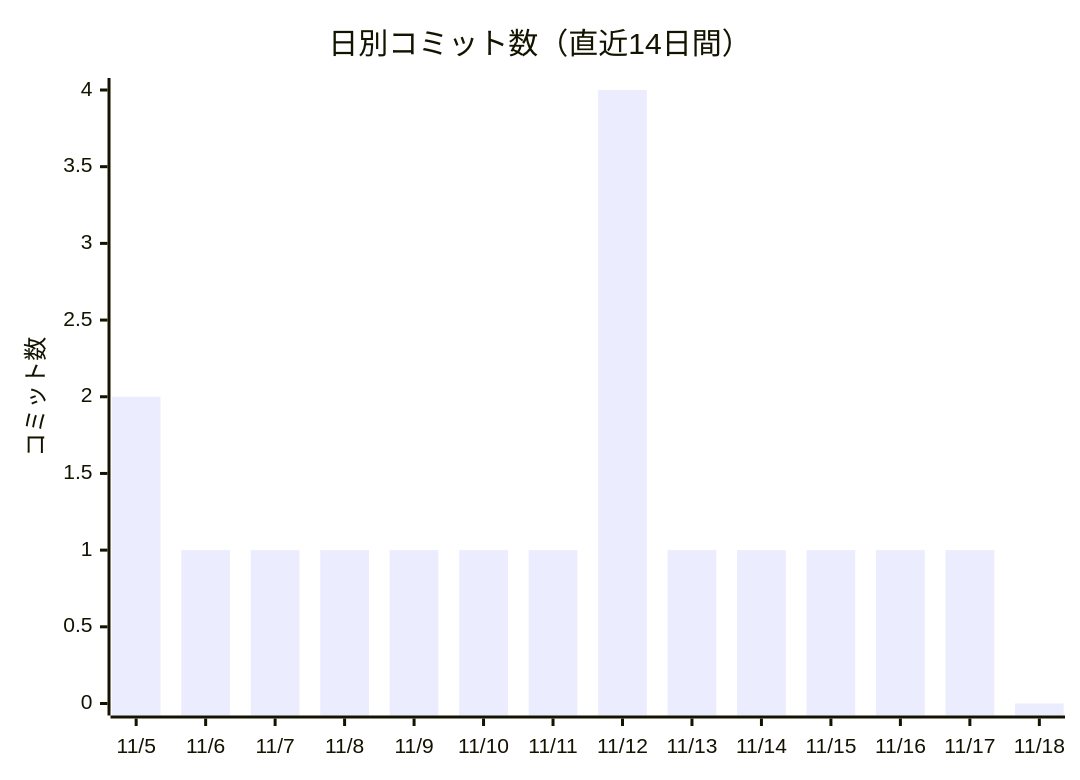
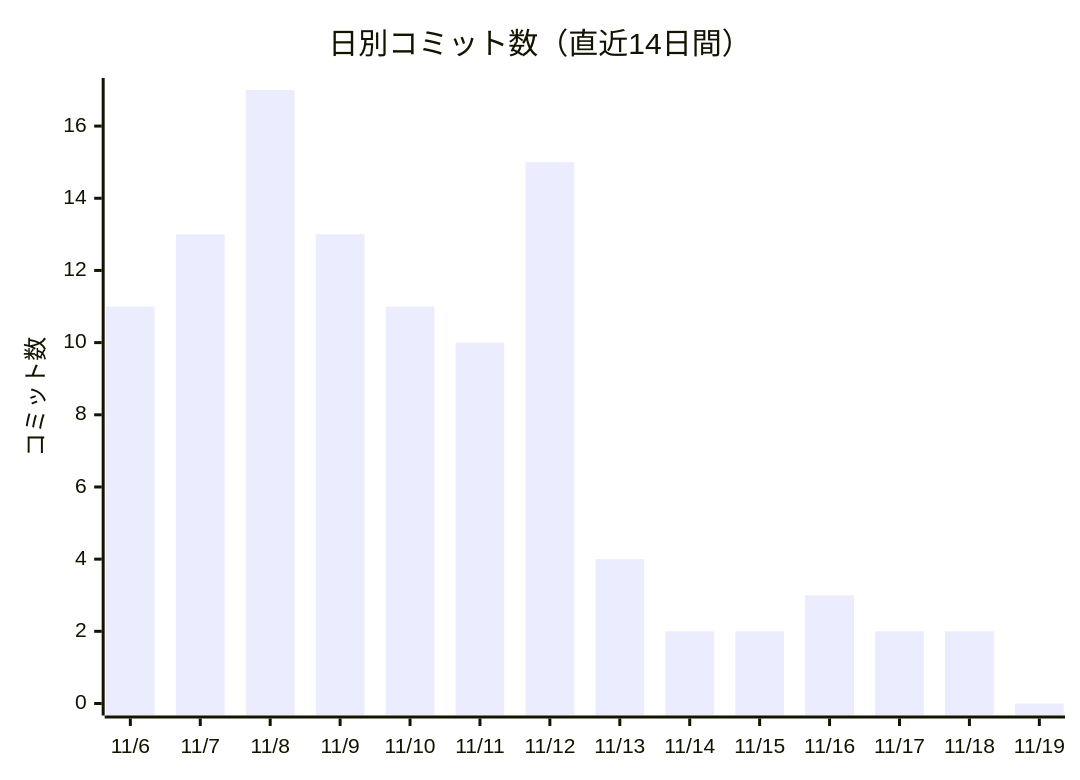
Before and after one commit to non-x2/non-x2: the first of 2 diagrams in docs/進化レポート.md, drawn with Mermaid. The commit also changed other lines of this file and 1 other file, not shown here.

````diff
--- a/docs/進化レポート.md
+++ b/docs/進化レポート.md
@@ -25,7 +25,7 @@
 ```mermaid
 xychart-beta
     title "日別コミット数（直近14日間）"
-    x-axis ["11/5", "11/6", "11/7", "11/8", "11/9", "11/10", "11/11", "11/12", "11/13", "11/14", "11/15", "11/16", "11/17", "11/18"]
+    x-axis ["11/6", "11/7", "11/8", "11/9", "11/10", "11/11", "11/12", "11/13", "11/14", "11/15", "11/16", "11/17", "11/18", "11/19"]
     y-axis "コミット数"
-    bar [2, 1, 1, 1, 1, 1, 1, 4, 1, 1, 1, 1, 1, 0]
+    bar [11, 13, 17, 13, 11, 10, 15, 4, 2, 2, 3, 2, 2, 0]
 ```
````
